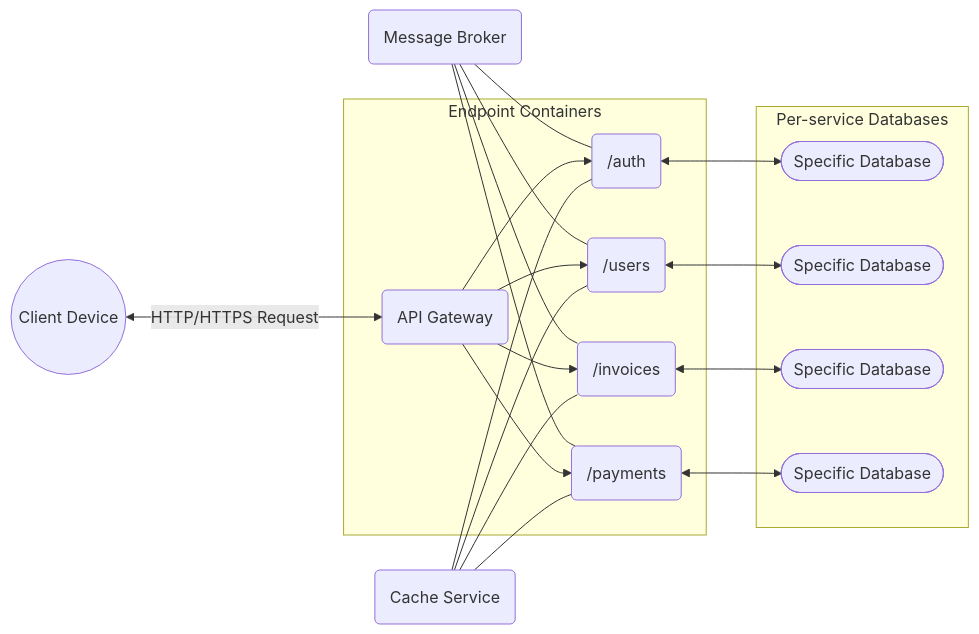
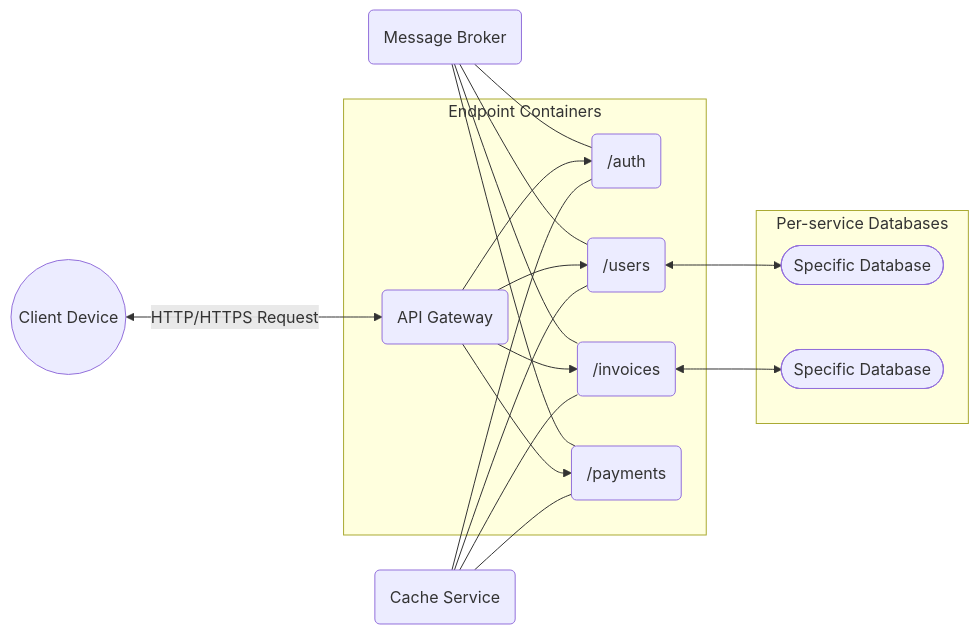
One commit to Neirth/NestedApi changed the diagram in docs/assets/NestedApi-Diagram.mmd. Above: the diagram before and after it, drawn with Mermaid. The commit also changed 1 other file, not shown here.

Commit message:
General - Updated the application diagram

```diff
--- a/docs/assets/NestedApi-Diagram.mmd
+++ b/docs/assets/NestedApi-Diagram.mmd
@@ -1,26 +1,24 @@
 graph LR
 	A((Client Device)) <--> | HTTP/HTTPS Request | B(API Gateway)
 
 	K(Message Broker) --- C
   K(Message Broker) --- E
   K(Message Broker) --- G
 	K(Message Broker) --- I
 
   subgraph "Endpoint Containers"
 	B --> C(/auth)
   B --> E(/users)
   B --> G(/invoices)
   B --> I(/payments)
 	end
 
   subgraph "Per-service Databases"
-  C <--> D([Specific Database])
   E <--> F([Specific Database])
   G <--> H([Specific Database])
-  I <--> J([Specific Database])
-  end  
+  end 
 
 	L(Cache Service) --- C
   L(Cache Service) --- E
   L(Cache Service) --- G
   L(Cache Service) --- I
```
